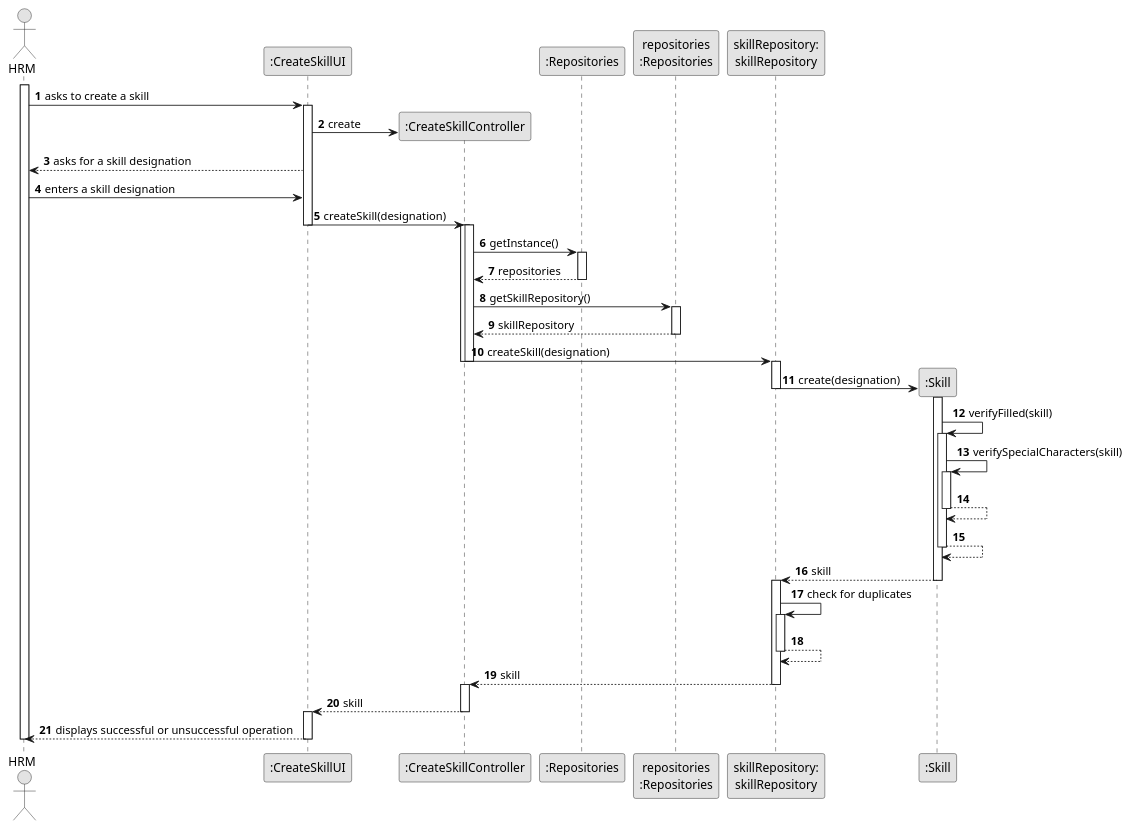
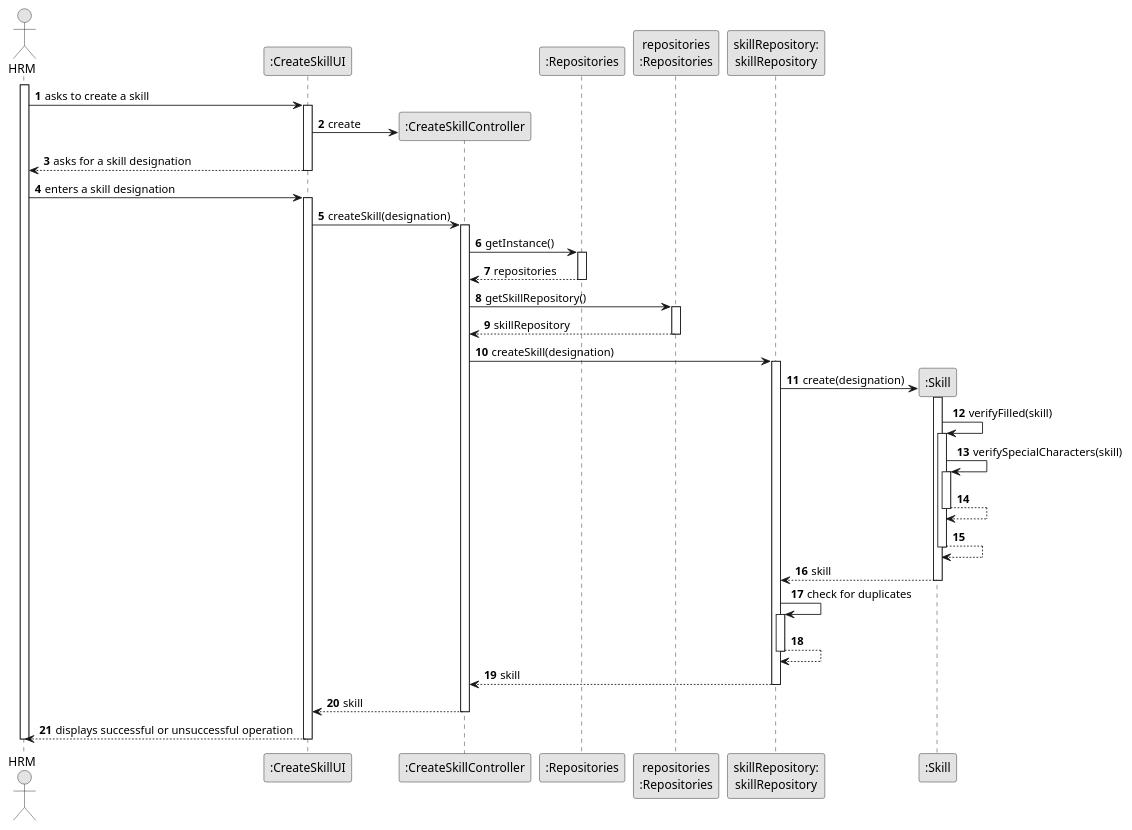
One commit to ricardomm7/leaflink changed the diagram in docs/sprintB/us001/03.design/puml/us001-sequence-diagram-full.puml. Above: the diagram before and after it, drawn with PlantUML. The commit also changed 10 other files, not shown here.

```diff
--- a/docs/sprintB/us001/03.design/puml/us001-sequence-diagram-full.puml
+++ b/docs/sprintB/us001/03.design/puml/us001-sequence-diagram-full.puml
@@ -1,84 +1,82 @@
 @startuml
 skinparam monochrome true
 skinparam packageStyle rectangle
 skinparam shadowing false
 
 autonumber
 
 actor "HRM" as HRM
 participant ":CreateSkillUI" as UI
 participant ":CreateSkillController" as CTRL
 participant ":Repositories" as GlobRepo
 participant "repositories\n:Repositories" as PLAT
 participant "skillRepository:\nskillRepository" as skillRepository
 participant ":Skill" as Skill
 
 activate HRM
 
 HRM ->UI : asks to create a skill
 activate UI
 
 UI -> CTRL** : create
 
 UI --> HRM : asks for a skill designation
+deactivate UI
+
 HRM -> UI : enters a skill designation
+activate UI
 
 UI->CTRL : createSkill(designation)
-deactivate UI
 activate CTRL
 
-activate CTRL
 CTRL -> GlobRepo : getInstance()
 activate GlobRepo
+
 GlobRepo --> CTRL : repositories
 deactivate GlobRepo
 
 CTRL -> PLAT : getSkillRepository()
 activate PLAT
+
 PLAT -->  CTRL: skillRepository
 deactivate PLAT
 
 CTRL -> skillRepository : createSkill(designation)
-deactivate CTRL
-deactivate CTRL
 activate skillRepository
 
-    skillRepository -> Skill** : create(designation)
-    deactivate skillRepository
-
-        activate Skill
+skillRepository -> Skill** : create(designation)
+activate Skill
 
     Skill -> Skill : verifyFilled(skill)
-        activate Skill
-        Skill -> Skill : verifySpecialCharacters(skill)
-        activate Skill
-        Skill --> Skill
+    activate Skill
+
+    Skill -> Skill : verifySpecialCharacters(skill)
+    activate Skill
+
+    Skill --> Skill
     deactivate Skill
+
     Skill --> Skill
     deactivate Skill
 
     Skill --> skillRepository : skill
      deactivate Skill
-    activate skillRepository
 
     skillRepository -> skillRepository : check for duplicates
     activate skillRepository
+
     skillRepository -->skillRepository
     deactivate skillRepository
+
     deactivate Skill
 
     CTRL <-- skillRepository : skill
     deactivate skillRepository
-    activate CTRL
-
-
 
     CTRL --> UI : skill
     deactivate CTRL
-    activate UI
-
 
     UI --> HRM : displays successful or unsuccessful operation
     deactivate UI
 deactivate HRM
 @enduml
```
